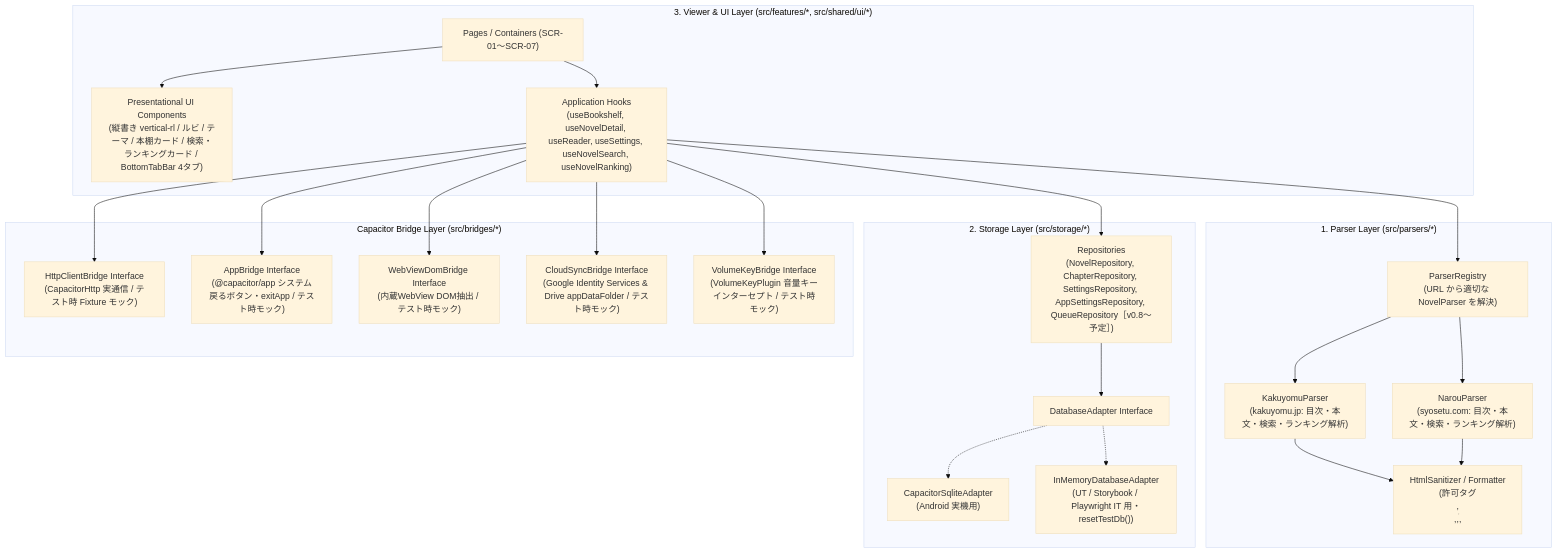
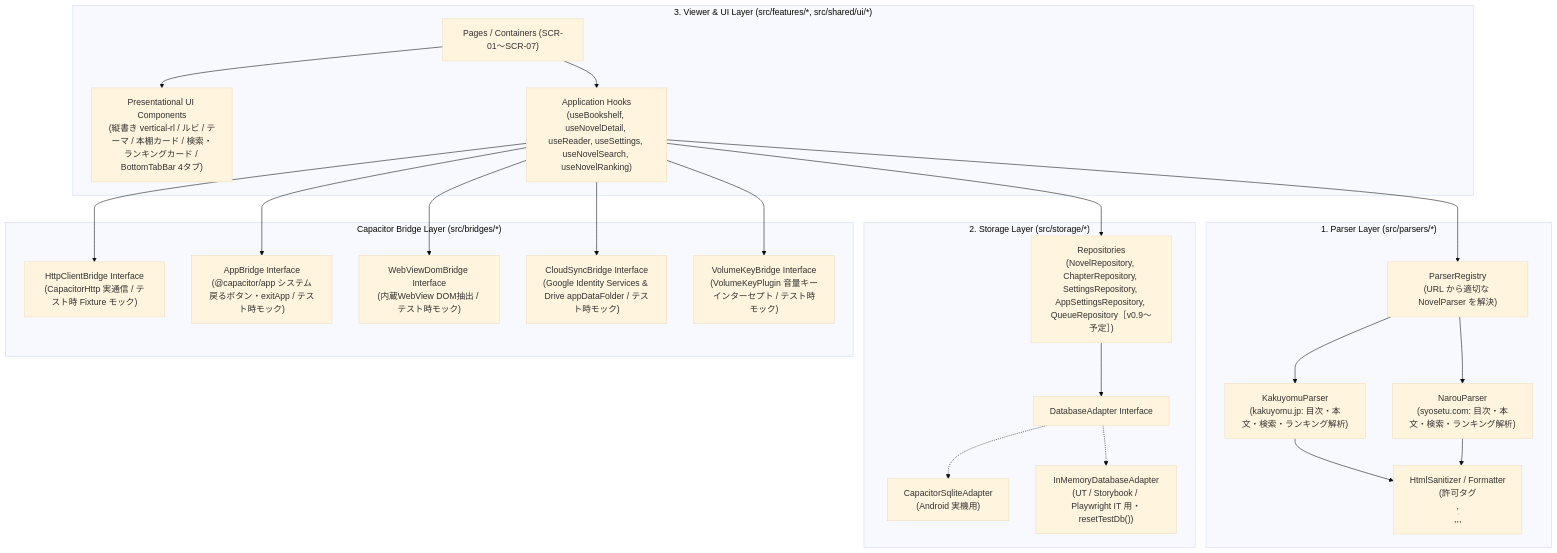
One commit to high-soar/Yommy changed the diagram in docs/specs/architecture.md. Above: the diagram before and after it, drawn with Mermaid (base theme). The commit also changed other lines of this file and 107 other files, not shown here.

````diff
--- a/docs/specs/architecture.md
+++ b/docs/specs/architecture.md
@@ -125,47 +125,47 @@
 ```mermaid
 flowchart TB
     subgraph UILayer ["3. Viewer & UI Layer (src/features/*, src/shared/ui/*)"]
         Pages["Pages / Containers (SCR-01〜SCR-07)"]
         Components["Presentational UI Components<br>(縦書き vertical-rl / ルビ / テーマ / 本棚カード / 検索・ランキングカード / BottomTabBar 4タブ)"]
         Hooks["Application Hooks<br>(useBookshelf, useNovelDetail, useReader, useSettings, useNovelSearch, useNovelRanking)"]
         Pages --> Components
         Pages --> Hooks
     end
 
     subgraph ParserLayer ["1. Parser Layer (src/parsers/*)"]
         Registry["ParserRegistry<br>(URL から適切な NovelParser を解決)"]
         Kakuyomu["KakuyomuParser<br>(kakuyomu.jp: 目次・本文・検索・ランキング解析)"]
         Narou["NarouParser<br>(syosetu.com: 目次・本文・検索・ランキング解析)"]
         Sanitizer["HtmlSanitizer / Formatter<br>(許可タグ <p>,<br>,<ruby>,<rb>,<rt>,<rp>,<em> のみ保持)"]
         Registry --> Kakuyomu
         Registry --> Narou
         Kakuyomu --> Sanitizer
         Narou --> Sanitizer
     end
 
     subgraph StorageLayer ["2. Storage Layer (src/storage/*)"]
-        Repos["Repositories<br>(NovelRepository, ChapterRepository, SettingsRepository, AppSettingsRepository, QueueRepository［v0.8〜予定］)"]
+        Repos["Repositories<br>(NovelRepository, ChapterRepository, SettingsRepository, AppSettingsRepository, QueueRepository［v0.9〜予定］)"]
         DbAdapter["DatabaseAdapter Interface"]
         SqliteImpl["CapacitorSqliteAdapter<br>(Android 実機用)"]
         MemImpl["InMemoryDatabaseAdapter<br>(UT / Storybook / Playwright IT 用・resetTestDb())"]
         Repos --> DbAdapter
         DbAdapter -.-> SqliteImpl
         DbAdapter -.-> MemImpl
     end
 
     subgraph BridgeLayer ["Capacitor Bridge Layer (src/bridges/*)"]
         HttpBridge["HttpClientBridge Interface<br>(CapacitorHttp 実通信 / テスト時 Fixture モック)"]
         AppBridge["AppBridge Interface<br>(@capacitor/app システム戻るボタン・exitApp / テスト時モック)"]
         WebViewBridge["WebViewDomBridge Interface<br>(内蔵WebView DOM抽出 / テスト時モック)"]
         CloudSyncBridge["CloudSyncBridge Interface<br>(Google Identity Services & Drive appDataFolder / テスト時モック)"]
         VolumeKeyBridge["VolumeKeyBridge Interface<br>(VolumeKeyPlugin 音量キーインターセプト / テスト時モック)"]
     end
 
     Hooks --> Registry
     Hooks --> Repos
     Hooks --> HttpBridge
     Hooks --> AppBridge
     Hooks --> WebViewBridge
     Hooks --> CloudSyncBridge
     Hooks --> VolumeKeyBridge
 ```
````
